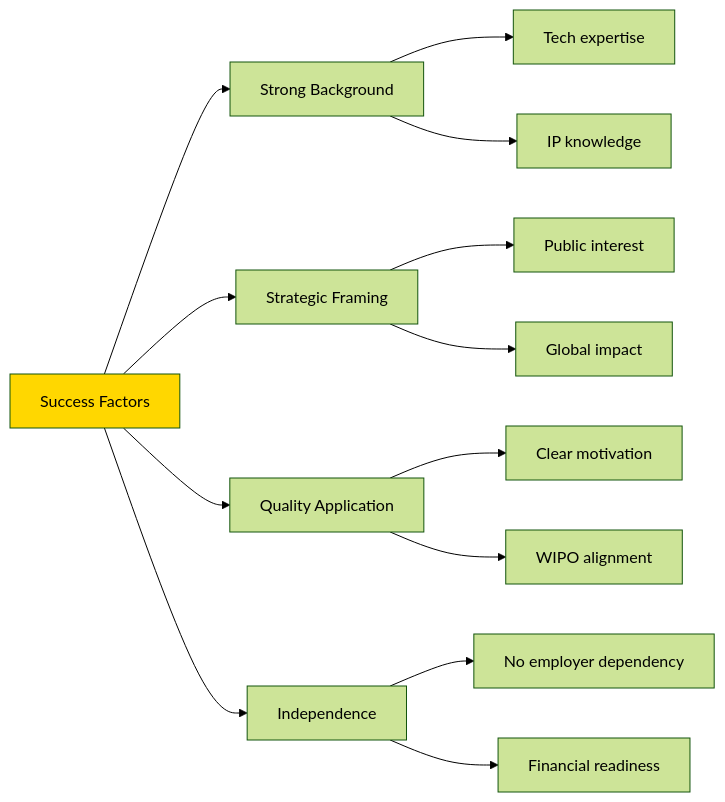
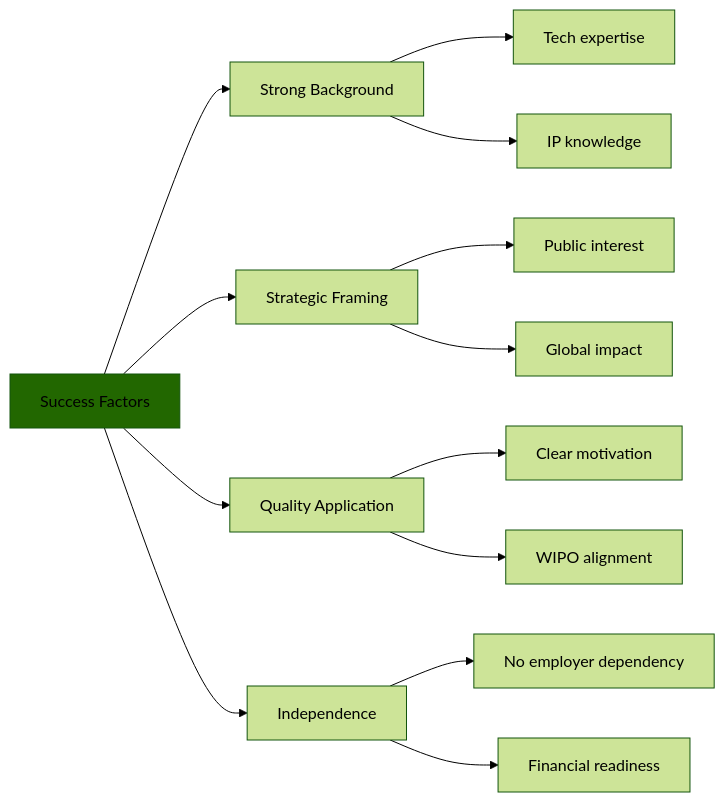
The ninth of 9 diagrams in News/WIPO-International-Fellowship.md (rsrini7/Learnings), drawn with Mermaid (forest theme) before and after one commit. The commit also changed other lines of this file, not shown here.

First line of the commit message:
style: update color schemes in documentation diagrams

````diff
--- a/News/WIPO-International-Fellowship.md
+++ b/News/WIPO-International-Fellowship.md
@@ -675,21 +677,21 @@
 ```mermaid
 graph LR
     A[Success Factors] --> B[Strong Background]
     A --> C[Strategic Framing]
     A --> D[Quality Application]
     A --> E[Independence]
     
     B --> B1[Tech expertise]
     B --> B2[IP knowledge]
     
     C --> C1[Public interest]
     C --> C2[Global impact]
     
     D --> D1[Clear motivation]
     D --> D2[WIPO alignment]
     
     E --> E1[No employer dependency]
     E --> E2[Financial readiness]
     
-    style A fill:#FFD700
+    style A fill:#226700
 ```
````
